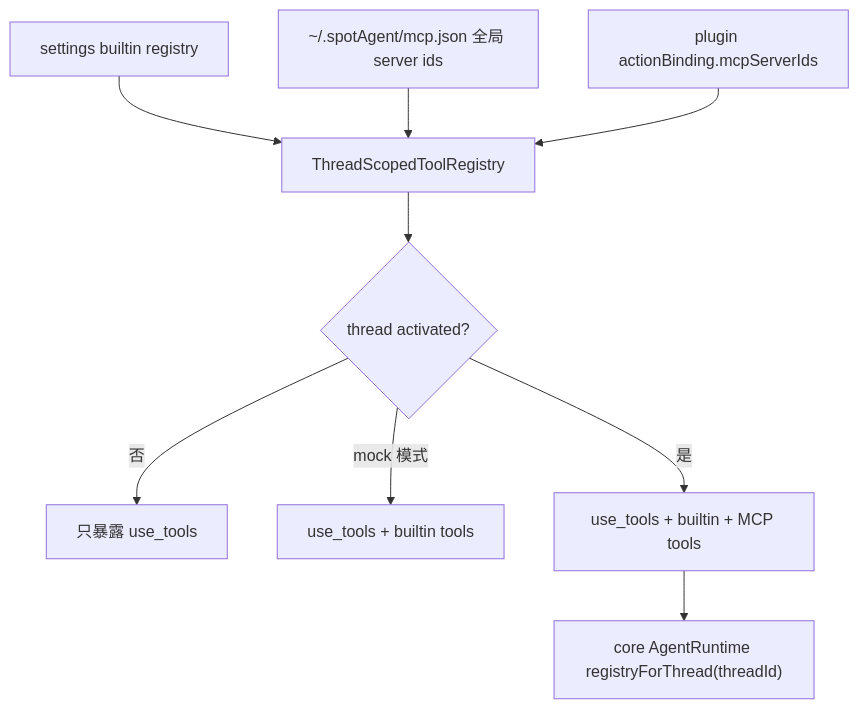
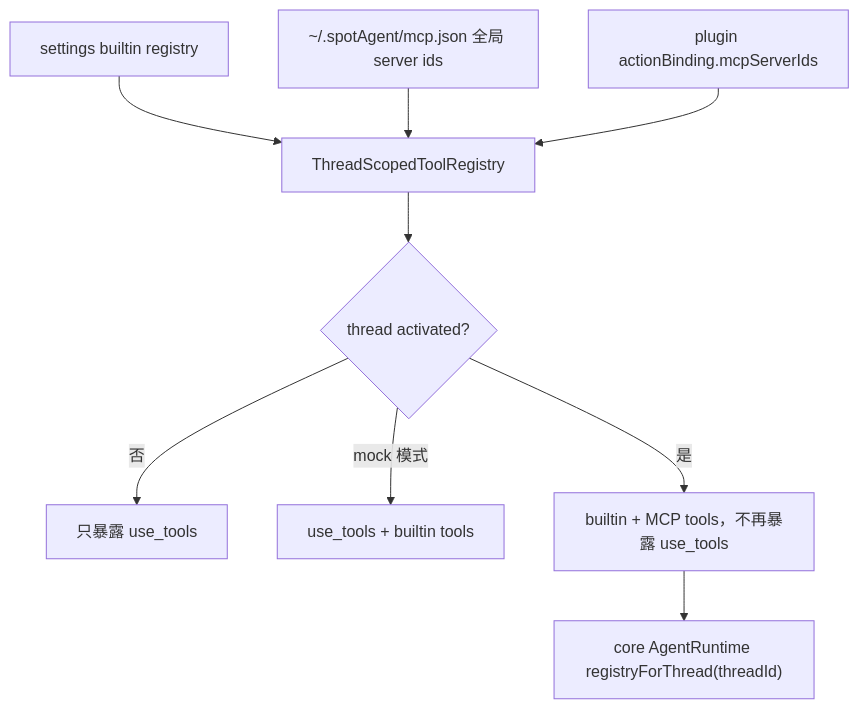
Before and after one commit to Lixuhang987/SpotAgent: the diagram in apps/agent-server/src/actions/actions.md, drawn with Mermaid. The commit also changed other lines of this file and 3 other files, not shown here.

````diff
--- a/apps/agent-server/src/actions/actions.md
+++ b/apps/agent-server/src/actions/actions.md
@@ -18,11 +18,11 @@
 ```mermaid
 flowchart TD
   A["settings builtin registry"] --> D["ThreadScopedToolRegistry"]
   B["~/.spotAgent/mcp.json 全局 server ids"] --> D
   C["plugin actionBinding.mcpServerIds"] --> D
   D --> E{"thread activated?"}
   E -- "否" --> F["只暴露 use_tools"]
   E -- "mock 模式" --> G["use_tools + builtin tools"]
-  E -- "是" --> H["use_tools + builtin + MCP tools"]
+  E -- "是" --> H["builtin + MCP tools，不再暴露 use_tools"]
   H --> I["core AgentRuntime registryForThread(threadId)"]
 ```
````
